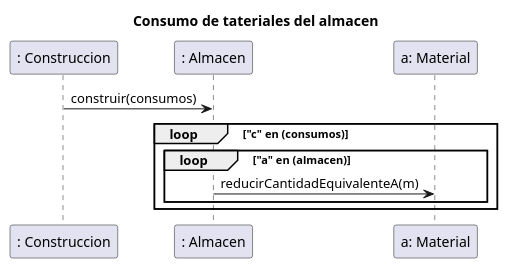
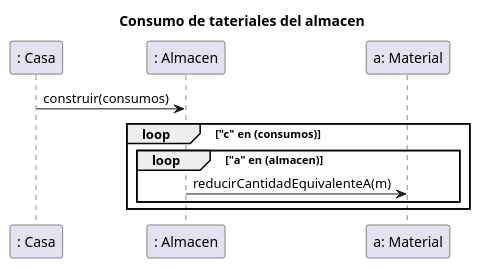
One commit to fiuba/algo3_constructura changed the diagram in diagrams/exercise_01/ds_almacen_consumo.plantuml. Above: the diagram before and after it, drawn with PlantUML. The commit also changed 4 other files, not shown here.

```diff
--- a/diagrams/exercise_01/ds_almacen_consumo.plantuml
+++ b/diagrams/exercise_01/ds_almacen_consumo.plantuml
@@ -1,13 +1,12 @@
 @startuml
 
 title Consumo de tateriales del almacen
 
-": Construccion" -> ": Almacen": construir(consumos)
+": Casa" -> ": Almacen": construir(consumos)
 loop "c" en (consumos)
     loop "a" en (almacen)
         ": Almacen" -> "a: Material": reducirCantidadEquivalenteA(m)
     end loop
 end loop
 
-
 @enduml
```
